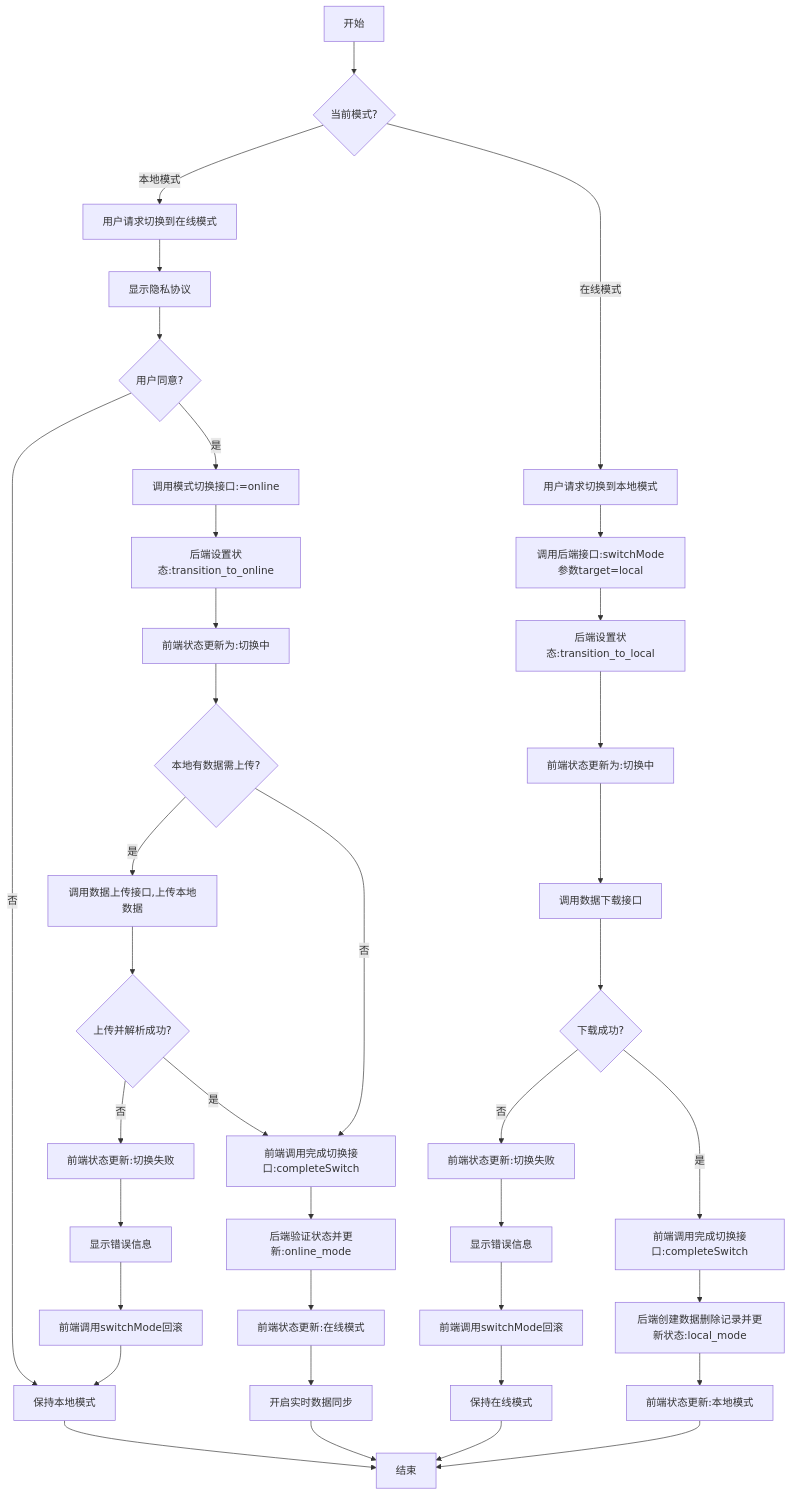
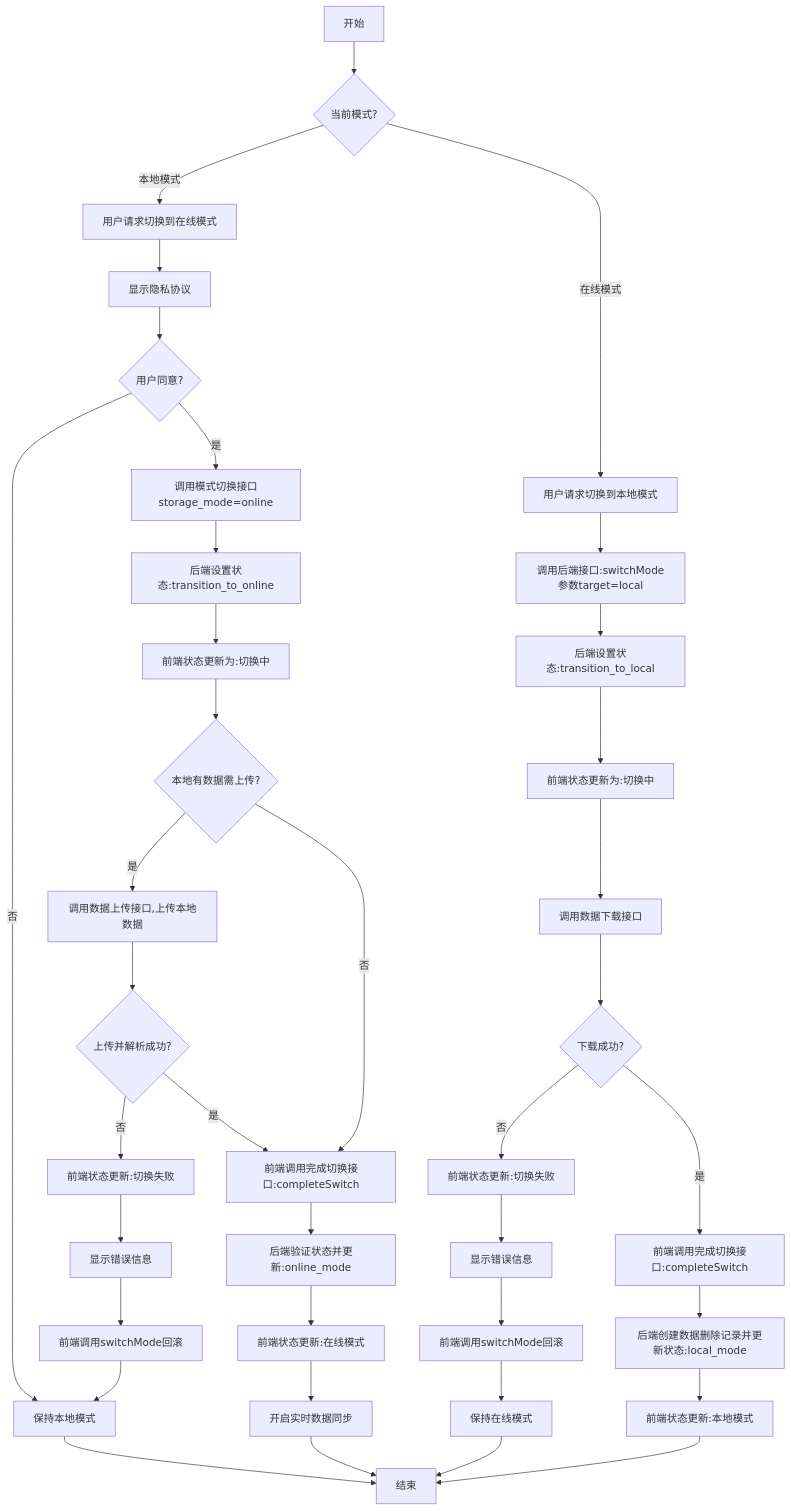
Before and after one commit to yingjianzh/iodraw-files: the diagram in all/未命名-58.md, drawn with Mermaid.

Commit message:
2025-05-14 10:34:03 update

````diff
--- a/all/未命名-58.md
+++ b/all/未命名-58.md
@@ -1,51 +1,51 @@
 ```mermaid
 flowchart TD
     A[开始] --> B{当前模式?}
     
     %% 本地模式转在线模式
     B -->|本地模式| C[用户请求切换到在线模式]
     C --> D[显示隐私协议]
     D --> E{用户同意?}
     E -->|否| F[保持本地模式]
     F --> Z[结束]
     
-    E -->|是| G[调用模式切换接口:=online]
+    E -->|是| G[调用模式切换接口storage_mode=online]
     G --> H[后端设置状态:transition_to_online]
     H --> I[前端状态更新为:切换中]
     
     I --> J{本地有数据需上传?}
     
     J -->|是| L[调用数据上传接口,上传本地数据]
     L --> M{上传并解析成功?}
     M -->|否| O[前端状态更新:切换失败]
     O --> P[显示错误信息]
     P --> Q[前端调用switchMode回滚]
     Q --> F
     
     J -->|否| R[前端调用完成切换接口:completeSwitch]
     M -->|是| R
     
     R --> S[后端验证状态并更新:online_mode]
     S --> T[前端状态更新:在线模式]
     T --> U[开启实时数据同步]
     U --> Z
     
     %% 在线模式转本地模式
     B -->|在线模式| V[用户请求切换到本地模式]
     V --> W[调用后端接口:switchMode参数target=local]
     W --> X[后端设置状态:transition_to_local]
     X --> Y[前端状态更新为:切换中]
     
     Y --> Z1[调用数据下载接口]
     Z1 --> AA{下载成功?}
     AA -->|否| AB[前端状态更新:切换失败]
     AB --> AC[显示错误信息]
     AC --> AD[前端调用switchMode回滚]
     AD --> AE[保持在线模式]
     AE --> Z
     
     AA -->|是| AF[前端调用完成切换接口:completeSwitch]
     AF --> AG[后端创建数据删除记录并更新状态:local_mode]
     AG --> AH[前端状态更新:本地模式]
     AH --> Z
 ```
````
